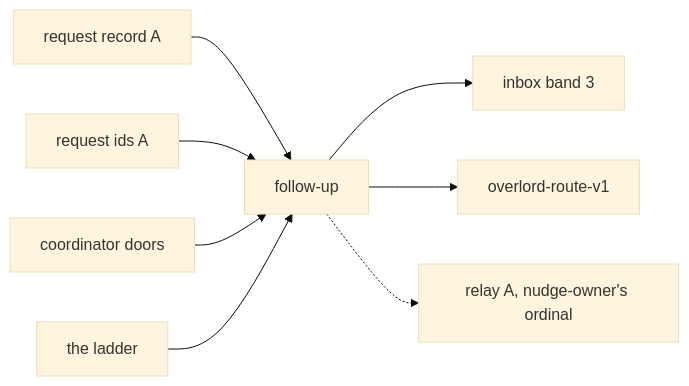
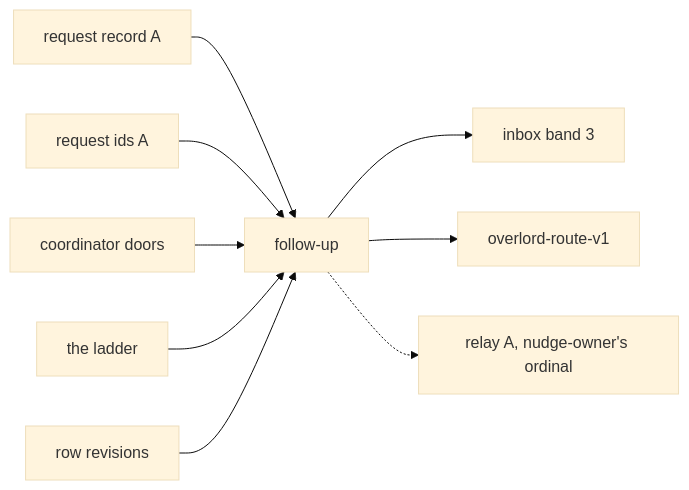
Before and after one commit to Synapsium-Labs/ccrc-pwa: the third of 3 diagrams in docs/superpowers/plans/2026-11-16-overlord-w2/w2-follow-up.md, drawn with Mermaid (base theme). The commit also changed other lines of this file and 1 other file, not shown here.

````diff
--- a/docs/superpowers/plans/2026-11-16-overlord-w2/w2-follow-up.md
+++ b/docs/superpowers/plans/2026-11-16-overlord-w2/w2-follow-up.md
@@ -290,10 +338,11 @@
 ```mermaid
 flowchart LR
   RQA["request record A"] --> FU["follow-up"]
   RIA["request ids A"] --> FU
   CD["coordinator doors"] --> FU
   LD["the ladder"] --> FU
+  REV["row revisions"] --> FU
   FU --> B3["inbox band 3"]
   FU --> RV1["overlord-route-v1"]
   FU -.-> RLA["relay A, nudge-owner's ordinal"]
 ```
````
